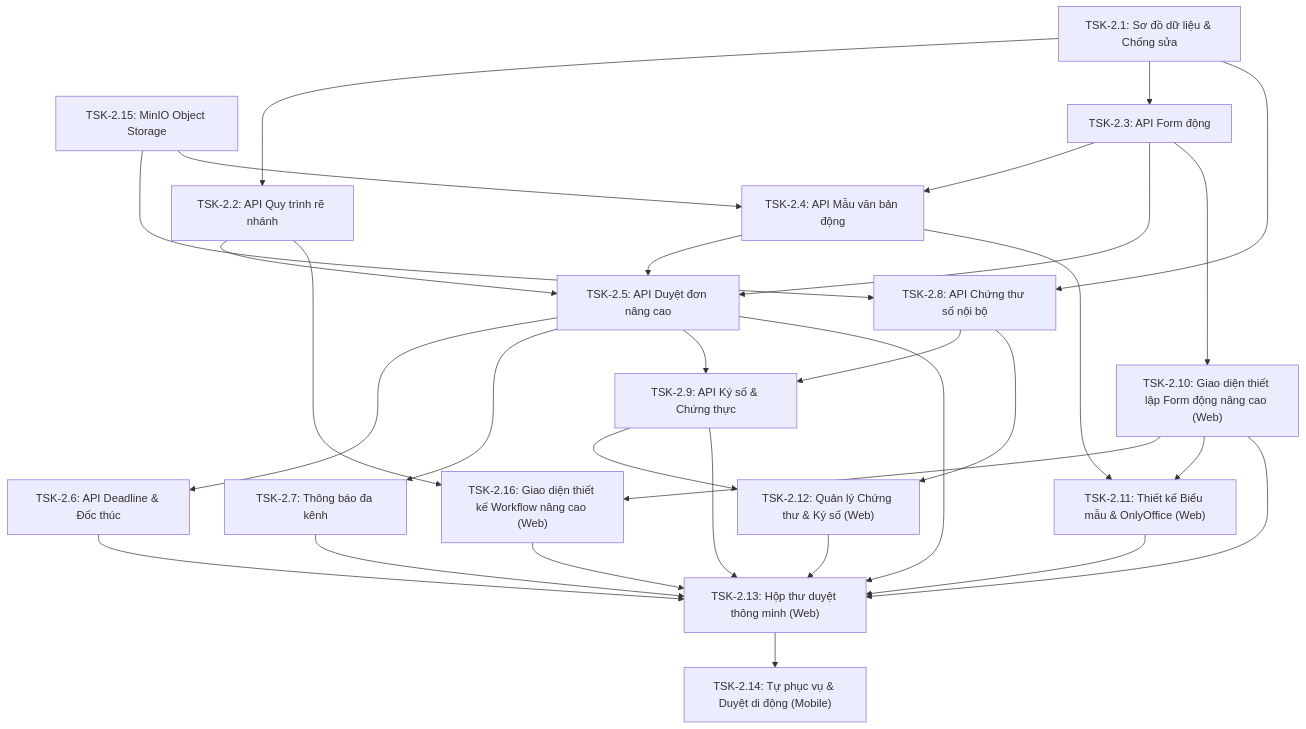
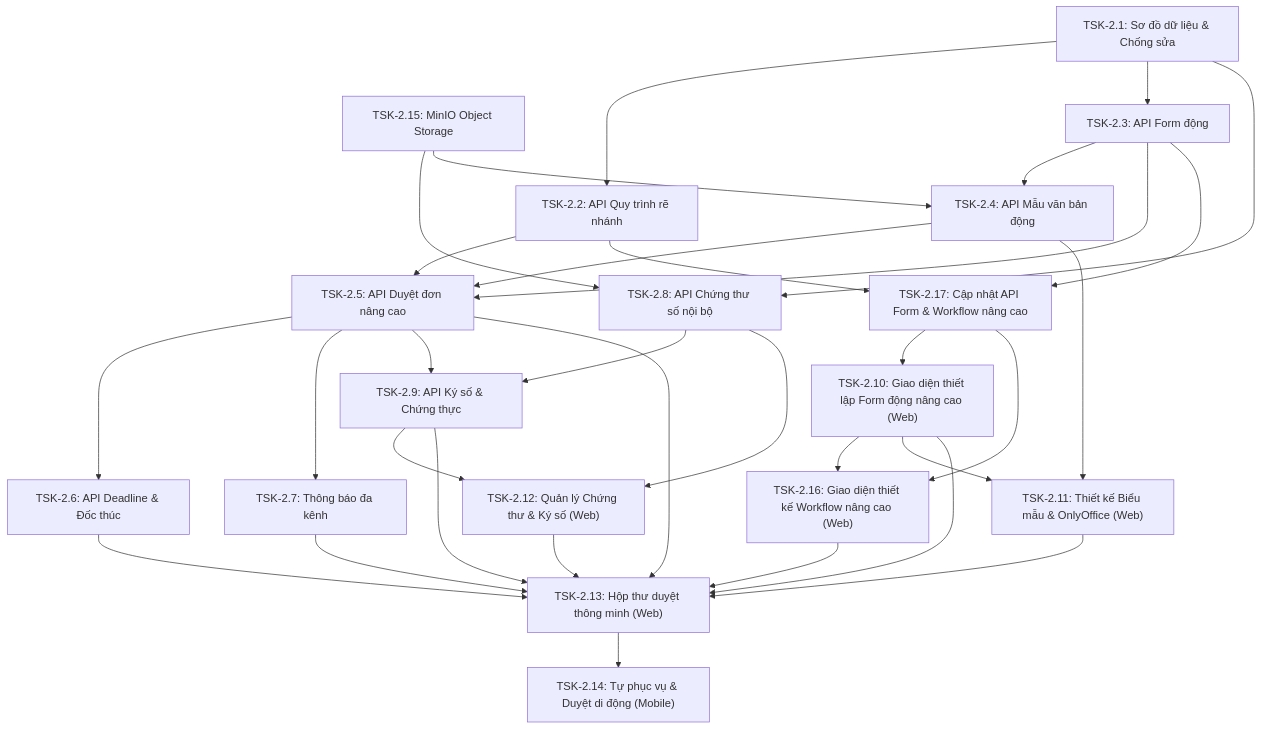
The diagram in docs/05_project_management/sprint_2/README.md (min3rd/open-erp), drawn with Mermaid before and after one commit. The commit also changed other lines of this file and 3 other files, not shown here.

````diff
--- a/docs/05_project_management/sprint_2/README.md
+++ b/docs/05_project_management/sprint_2/README.md
@@ -50,29 +51,30 @@
 ```mermaid
 flowchart TD
     TSK215["TSK-2.15: MinIO Object Storage"]
     TSK21["TSK-2.1: Sơ đồ dữ liệu & Chống sửa"]
     
     TSK21 --> TSK22["TSK-2.2: API Quy trình rẽ nhánh"]
     TSK21 --> TSK23["TSK-2.3: API Form động"]
     
     TSK215 & TSK21 --> TSK28["TSK-2.8: API Chứng thư số nội bộ"]
     TSK215 & TSK23 --> TSK24["TSK-2.4: API Mẫu văn bản động"]
 
     TSK22 & TSK23 & TSK24 --> TSK25["TSK-2.5: API Duyệt đơn nâng cao"]
 
     TSK25 --> TSK26["TSK-2.6: API Deadline & Đốc thúc"]
     TSK25 --> TSK27["TSK-2.7: Thông báo đa kênh"]
     
     TSK28 --> TSK29["TSK-2.9: API Ký số & Chứng thực"]
     TSK25 --> TSK29
 
-    TSK23 --> TSK210["TSK-2.10: Giao diện thiết lập Form động nâng cao (Web)"]
-    TSK22 & TSK210 --> TSK216["TSK-2.16: Giao diện thiết kế Workflow nâng cao (Web)"]
+    TSK22 & TSK23 --> TSK217["TSK-2.17: Cập nhật API Form & Workflow nâng cao"]
+    TSK217 --> TSK210["TSK-2.10: Giao diện thiết lập Form động nâng cao (Web)"]
+    TSK217 & TSK210 --> TSK216["TSK-2.16: Giao diện thiết kế Workflow nâng cao (Web)"]
     TSK24 & TSK210 --> TSK211["TSK-2.11: Thiết kế Biểu mẫu & OnlyOffice (Web)"]
     
     TSK28 & TSK29 --> TSK212["TSK-2.12: Quản lý Chứng thư & Ký số (Web)"]
 
     TSK25 & TSK26 & TSK27 & TSK29 & TSK210 & TSK211 & TSK212 & TSK216 --> TSK213["TSK-2.13: Hộp thư duyệt thông minh (Web)"]
     
     TSK213 --> TSK214["TSK-2.14: Tự phục vụ & Duyệt di động (Mobile)"]
 ```
````
